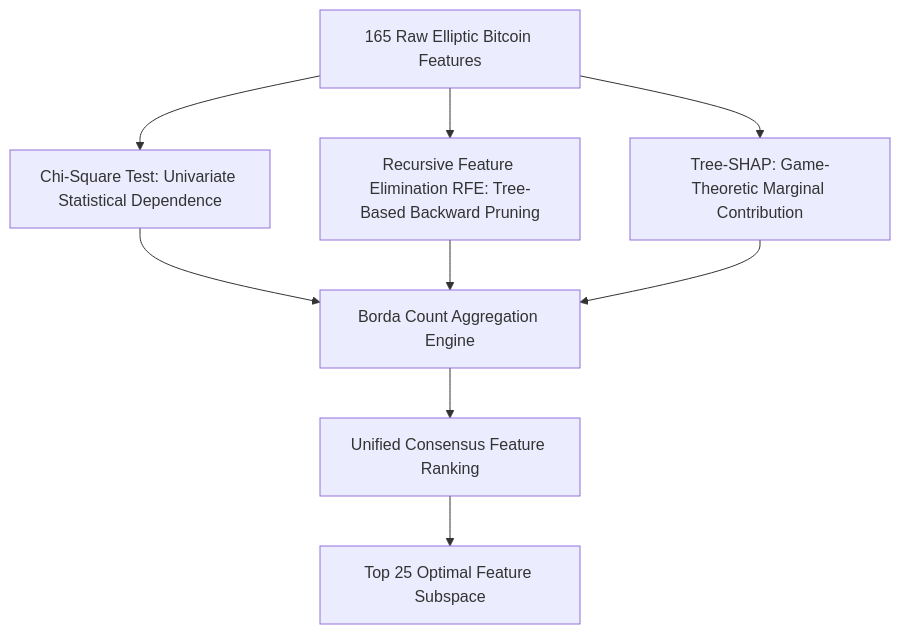
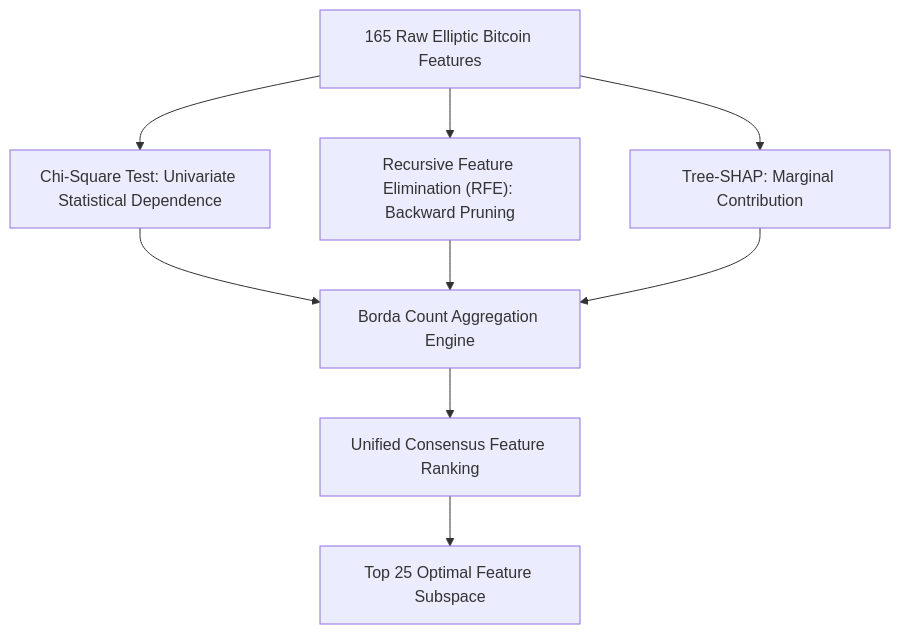
Before and after one commit to rajeevranjanpandey/cryptex-bitcoin-fraud-analytics: the second of 3 diagrams in paper/executive_10_pager_report.md, drawn with Mermaid. The commit also changed other lines of this file and 2 other files, not shown here.

Commit message:
fix(docs): resolve Mermaid diagram parse errors by quoting node labels and removing unescaped pipes

````diff
--- a/paper/executive_10_pager_report.md
+++ b/paper/executive_10_pager_report.md
@@ -185,11 +185,11 @@
 ```mermaid
 flowchart TD
-    Raw[165 Raw Elliptic Bitcoin Features] --> F1[Chi-Square Test: Univariate Statistical Dependence]
-    Raw --> F2[Recursive Feature Elimination RFE: Tree-Based Backward Pruning]
-    Raw --> F3[Tree-SHAP: Game-Theoretic Marginal Contribution]
-    F1 --> Borda[Borda Count Aggregation Engine]
+    Raw["165 Raw Elliptic Bitcoin Features"] --> F1["Chi-Square Test: Univariate Statistical Dependence"]
+    Raw --> F2["Recursive Feature Elimination (RFE): Backward Pruning"]
+    Raw --> F3["Tree-SHAP: Marginal Contribution"]
+    F1 --> Borda["Borda Count Aggregation Engine"]
     F2 --> Borda
     F3 --> Borda
-    Borda --> Ranked[Unified Consensus Feature Ranking]
-    Ranked --> Top25[Top 25 Optimal Feature Subspace]
+    Borda --> Ranked["Unified Consensus Feature Ranking"]
+    Ranked --> Top25["Top 25 Optimal Feature Subspace"]
 ```
````
